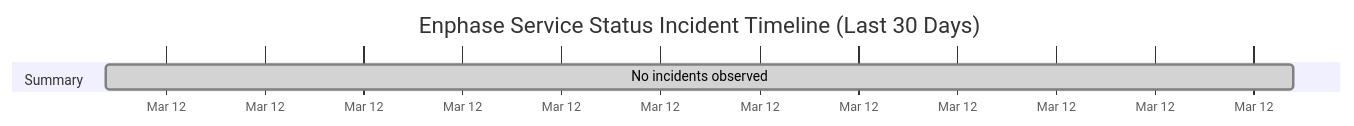
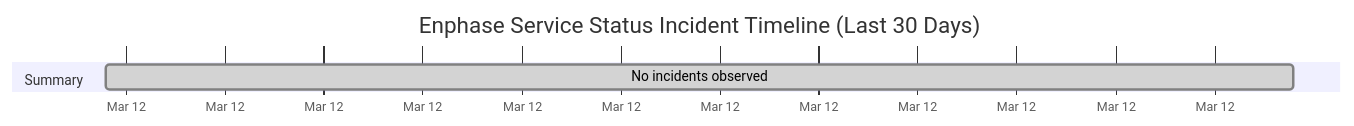
One commit to barneyonline/ha-enphase-ev-charger changed the diagram in wiki/Service-Status-History.md. Above: the diagram before and after it, drawn with Mermaid. The commit also changed other lines of this file and 3 other files, not shown here.

````diff
--- a/wiki/Service-Status-History.md
+++ b/wiki/Service-Status-History.md
@@ -14,8 +14,8 @@
 ```mermaid
 gantt
     title Enphase Service Status Incident Timeline (Last 30 Days)
     dateFormat  YYYY-MM-DDTHH:mm:ss
     axisFormat  %b %d
     section Summary
-    No incidents observed :done, 2026-03-12T07:39:52, 1m
+    No incidents observed :done, 2026-03-12T08:32:19, 1m
 ```
````
